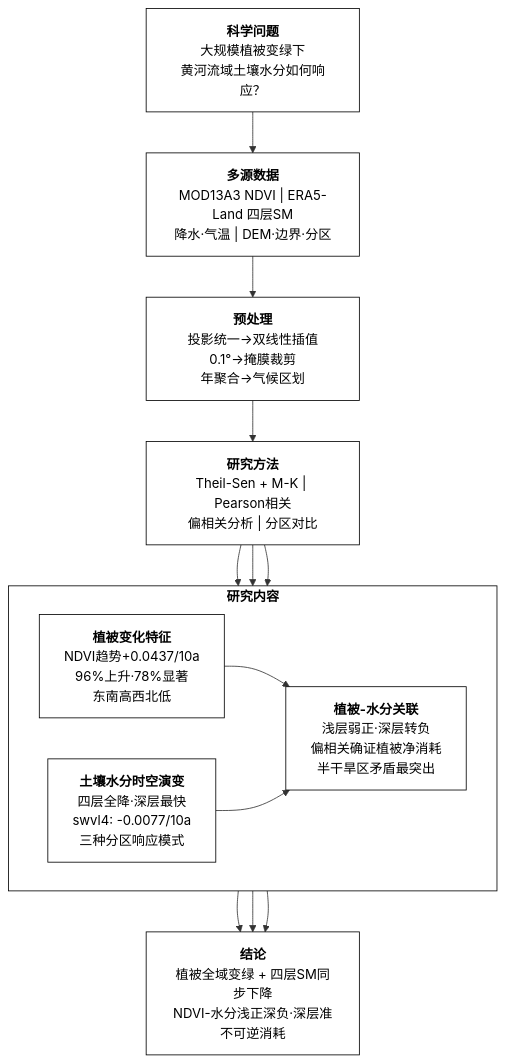
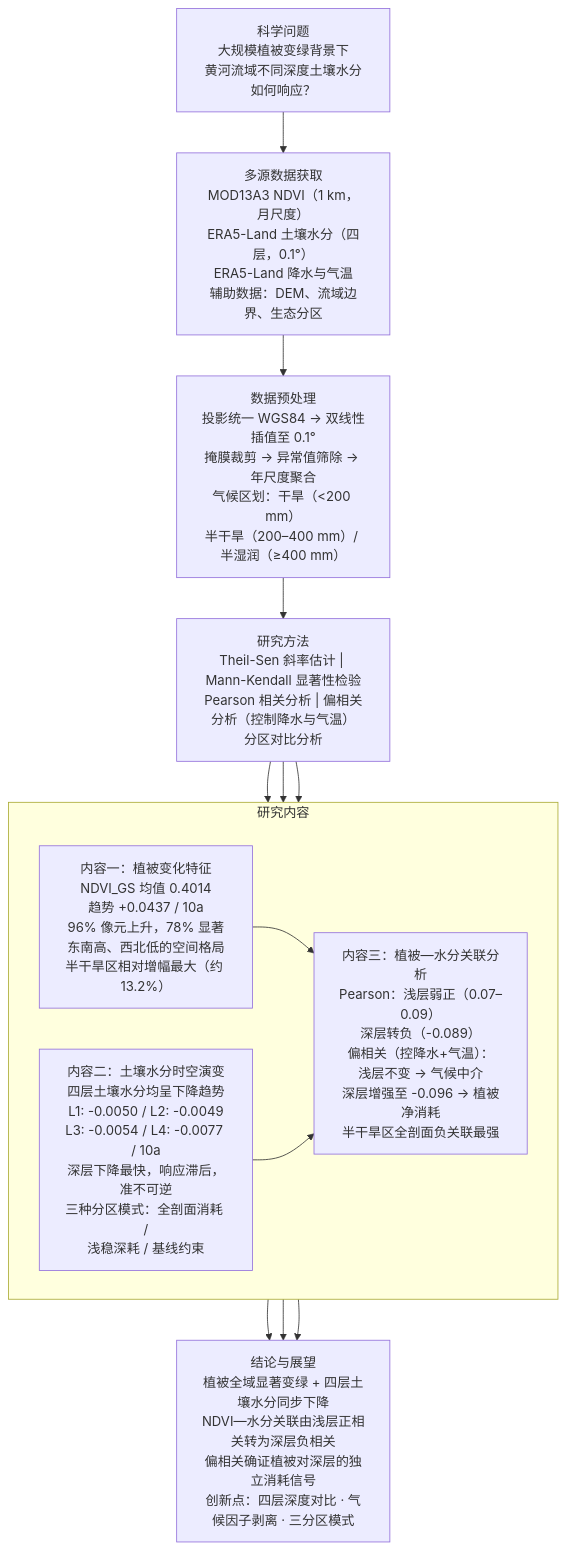
One commit to xiaoguangrui21-lang/- changed the diagram in 技术路线流程图.md. Above: the diagram before and after it, drawn with Mermaid.

````diff
--- a/技术路线流程图.md
+++ b/技术路线流程图.md
@@ -3,36 +3,61 @@
 ```mermaid
 flowchart TD
-    A["<b>科学问题</b><br/>大规模植被变绿下<br/>黄河流域土壤水分如何响应？"]
+    A["科学问题
+大规模植被变绿背景下
+黄河流域不同深度土壤水分如何响应？"]
 
-    B["<b>多源数据</b><br/>MOD13A3 NDVI | ERA5-Land 四层SM<br/>降水·气温 | DEM·边界·分区"]
+    B["多源数据获取
+MOD13A3 NDVI（1 km，月尺度）
+ERA5-Land 土壤水分（四层，0.1°）
+ERA5-Land 降水与气温
+辅助数据：DEM、流域边界、生态分区"]
 
-    C["<b>预处理</b><br/>投影统一→双线性插值0.1°→掩膜裁剪<br/>年聚合→气候区划"]
+    C["数据预处理
+投影统一 WGS84 → 双线性插值至 0.1°
+掩膜裁剪 → 异常值筛除 → 年尺度聚合
+气候区划：干旱（<200 mm）
+半干旱（200–400 mm）/ 半湿润（≥400 mm）"]
 
-    D["<b>研究方法</b><br/>Theil-Sen + M-K | Pearson相关<br/>偏相关分析 | 分区对比"]
+    D["研究方法
+Theil-Sen 斜率估计 | Mann-Kendall 显著性检验
+Pearson 相关分析 | 偏相关分析（控制降水与气温）
+分区对比分析"]
 
-    subgraph E["<b>研究内容</b>"]
+    subgraph E["研究内容"]
         direction LR
-        E1["<b>植被变化特征</b><br/>NDVI趋势+0.0437/10a<br/>96%上升·78%显著<br/>东南高西北低"]
-        E2["<b>土壤水分时空演变</b><br/>四层全降·深层最快<br/>swvl4: -0.0077/10a<br/>三种分区响应模式"]
-        E3["<b>植被-水分关联</b><br/>浅层弱正·深层转负<br/>偏相关确证植被净消耗<br/>半干旱区矛盾最突出"]
+        E1["内容一：植被变化特征
+NDVI_GS 均值 0.4014
+趋势 +0.0437 / 10a
+96% 像元上升，78% 显著
+东南高、西北低的空间格局
+半干旱区相对增幅最大（约 13.2%）"]
+        E2["内容二：土壤水分时空演变
+四层土壤水分均呈下降趋势
+L1: -0.0050 / L2: -0.0049
+L3: -0.0054 / L4: -0.0077 / 10a
+深层下降最快，响应滞后，准不可逆
+三种分区模式：全剖面消耗 /
+浅稳深耗 / 基线约束"]
+        E3["内容三：植被—水分关联分析
+Pearson：浅层弱正（0.07–0.09）
+深层转负（-0.089）
+偏相关（控降水+气温）：
+浅层不变 → 气候中介
+深层增强至 -0.096 → 植被净消耗
+半干旱区全剖面负关联最强"]
     end
 
-    F["<b>结论</b><br/>植被全域变绿 + 四层SM同步下降<br/>NDVI-水分浅正深负·深层准不可逆消耗"]
+    F["结论与展望
+植被全域显著变绿 + 四层土壤水分同步下降
+NDVI—水分关联由浅层正相关转为深层负相关
+偏相关确证植被对深层的独立消耗信号
+创新点：四层深度对比 · 气候因子剥离 · 三分区模式"]
 
-    A --> B --> C --> D --> E1 & E2 & E3
-
+    A --> B --> C --> D
+    D --> E1
+    D --> E2
+    D --> E3
     E1 --> E3
     E2 --> E3
-
     E1 & E2 & E3 --> F
-
-    style A fill:#fff,stroke:#000,color:#000
-    style B fill:#fff,stroke:#000,color:#000
-    style C fill:#fff,stroke:#000,color:#000
-    style D fill:#fff,stroke:#000,color:#000
-    style E fill:#fff,stroke:#000,color:#000
-    style E1 fill:#fff,stroke:#000,color:#000
-    style E2 fill:#fff,stroke:#000,color:#000
-    style E3 fill:#fff,stroke:#000,color:#000
-    style F fill:#fff,stroke:#000,color:#000
 ```
````
